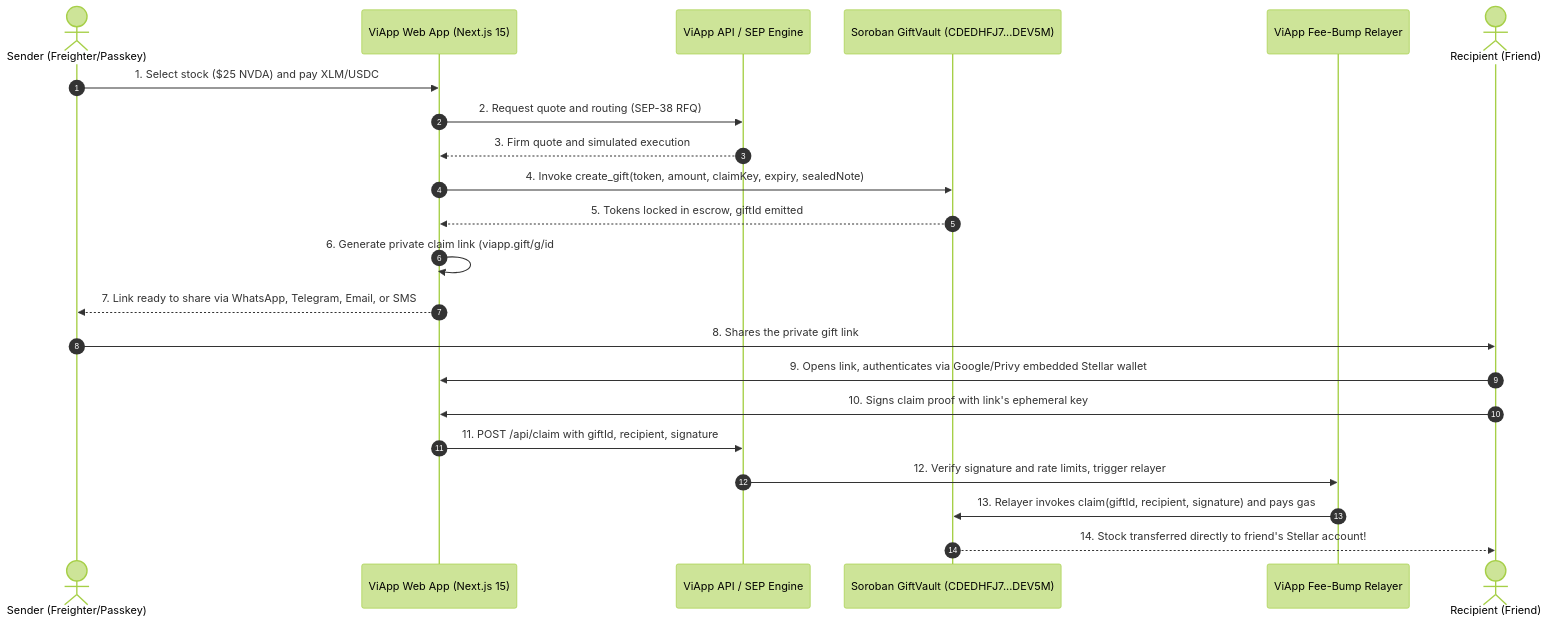
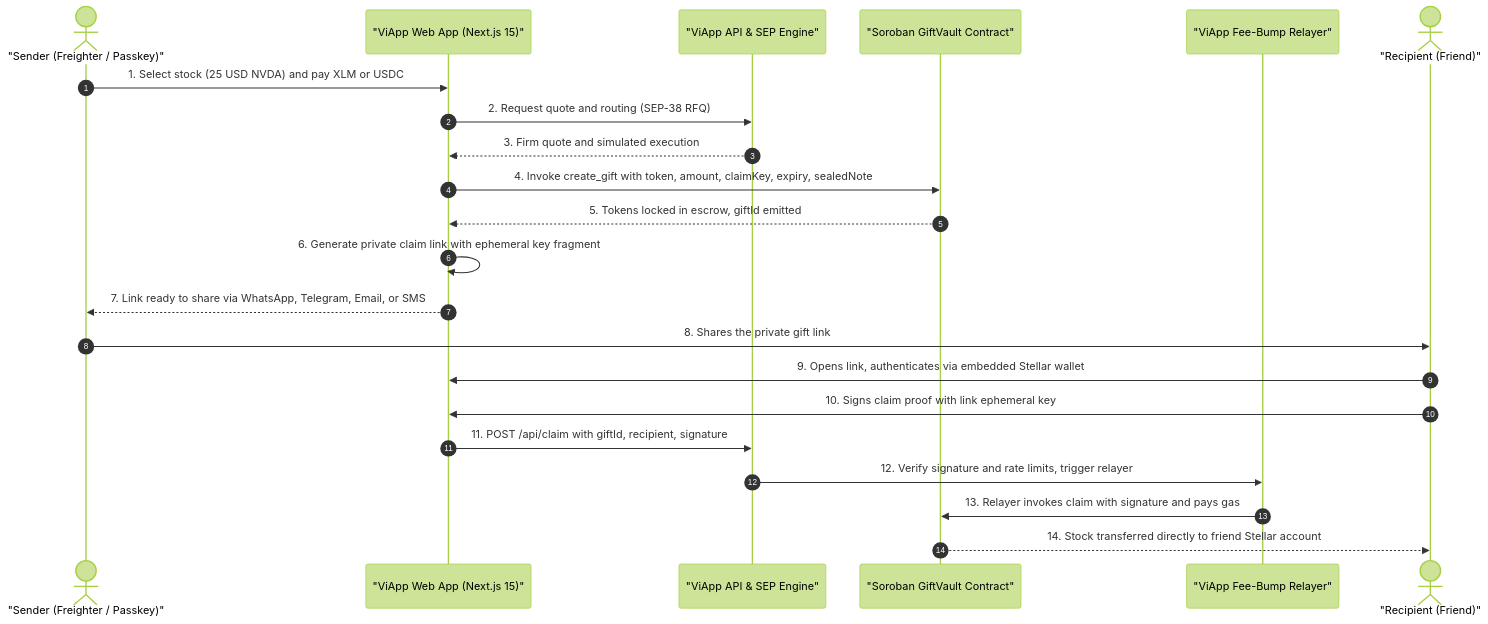
Before and after one commit to ibochivincent-lang/viapp: the second of 2 diagrams in README.md, drawn with Mermaid (forest theme). The commit also changed other lines of this file, not shown here.

Commit message:
docs(readme): sanitize and quote Mermaid sequence diagram and flowchart tokens for GitHub renderer

````diff
--- a/README.md
+++ b/README.md
@@ -72,25 +72,25 @@
 ```mermaid
 sequenceDiagram
   autonumber
-  actor S as Sender (Freighter/Passkey)
-  participant UI as ViApp Web App (Next.js 15)
-  participant API as ViApp API / SEP Engine
-  participant V as Soroban GiftVault (CDEDHFJ7...DEV5M)
-  participant R as ViApp Fee-Bump Relayer
-  actor F as Recipient (Friend)
+  actor S as "Sender (Freighter / Passkey)"
+  participant UI as "ViApp Web App (Next.js 15)"
+  participant API as "ViApp API & SEP Engine"
+  participant V as "Soroban GiftVault Contract"
+  participant R as "ViApp Fee-Bump Relayer"
+  actor F as "Recipient (Friend)"
 
-  S->>UI: 1. Select stock ($25 NVDA) and pay XLM/USDC
+  S->>UI: 1. Select stock (25 USD NVDA) and pay XLM or USDC
   UI->>API: 2. Request quote and routing (SEP-38 RFQ)
   API-->>UI: 3. Firm quote and simulated execution
-  UI->>V: 4. Invoke create_gift(token, amount, claimKey, expiry, sealedNote)
+  UI->>V: 4. Invoke create_gift with token, amount, claimKey, expiry, sealedNote
   V-->>UI: 5. Tokens locked in escrow, giftId emitted
-  UI->>UI: 6. Generate private claim link (viapp.gift/g/id#claimSecret)
+  UI->>UI: 6. Generate private claim link with ephemeral key fragment
   UI-->>S: 7. Link ready to share via WhatsApp, Telegram, Email, or SMS
   S->>F: 8. Shares the private gift link
-  F->>UI: 9. Opens link, authenticates via Google/Privy embedded Stellar wallet
-  F->>UI: 10. Signs claim proof with link's ephemeral key
+  F->>UI: 9. Opens link, authenticates via embedded Stellar wallet
+  F->>UI: 10. Signs claim proof with link ephemeral key
   UI->>API: 11. POST /api/claim with giftId, recipient, signature
   API->>R: 12. Verify signature and rate limits, trigger relayer
-  R->>V: 13. Relayer invokes claim(giftId, recipient, signature) and pays gas
-  V-->>F: 14. Stock transferred directly to friend's Stellar account!
+  R->>V: 13. Relayer invokes claim with signature and pays gas
+  V-->>F: 14. Stock transferred directly to friend Stellar account
 ```
````
